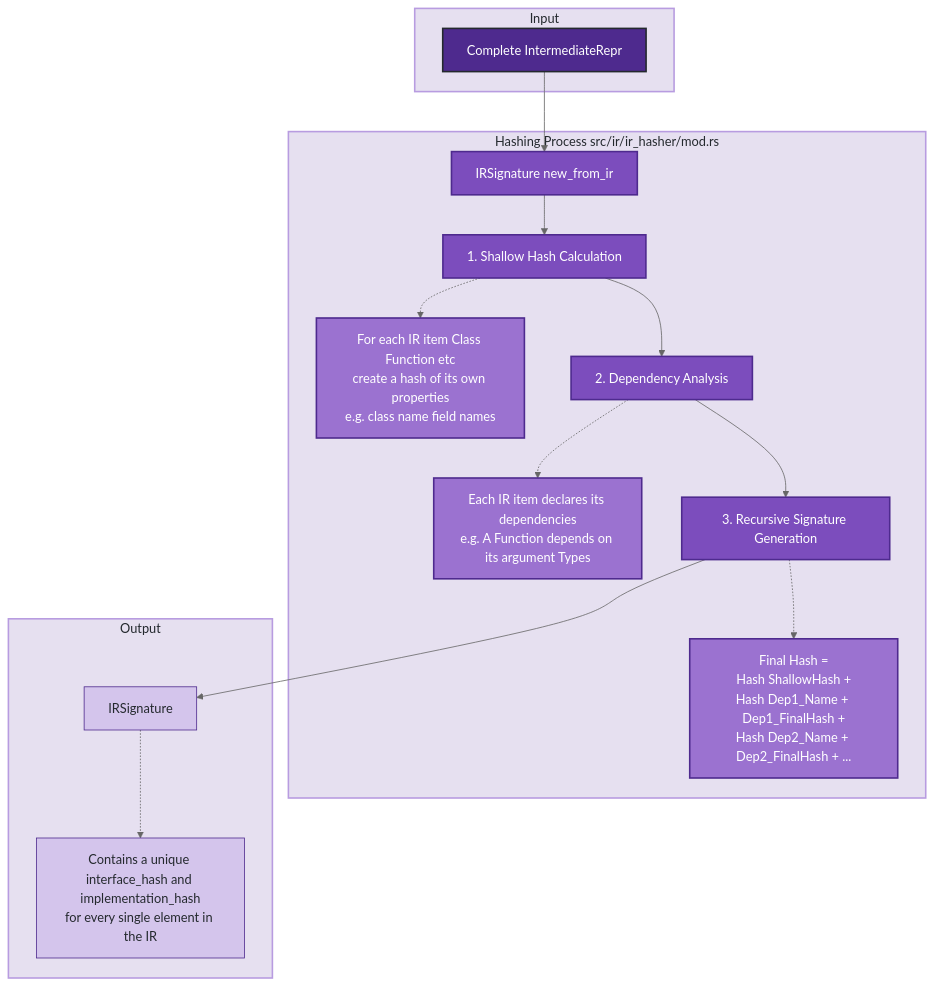
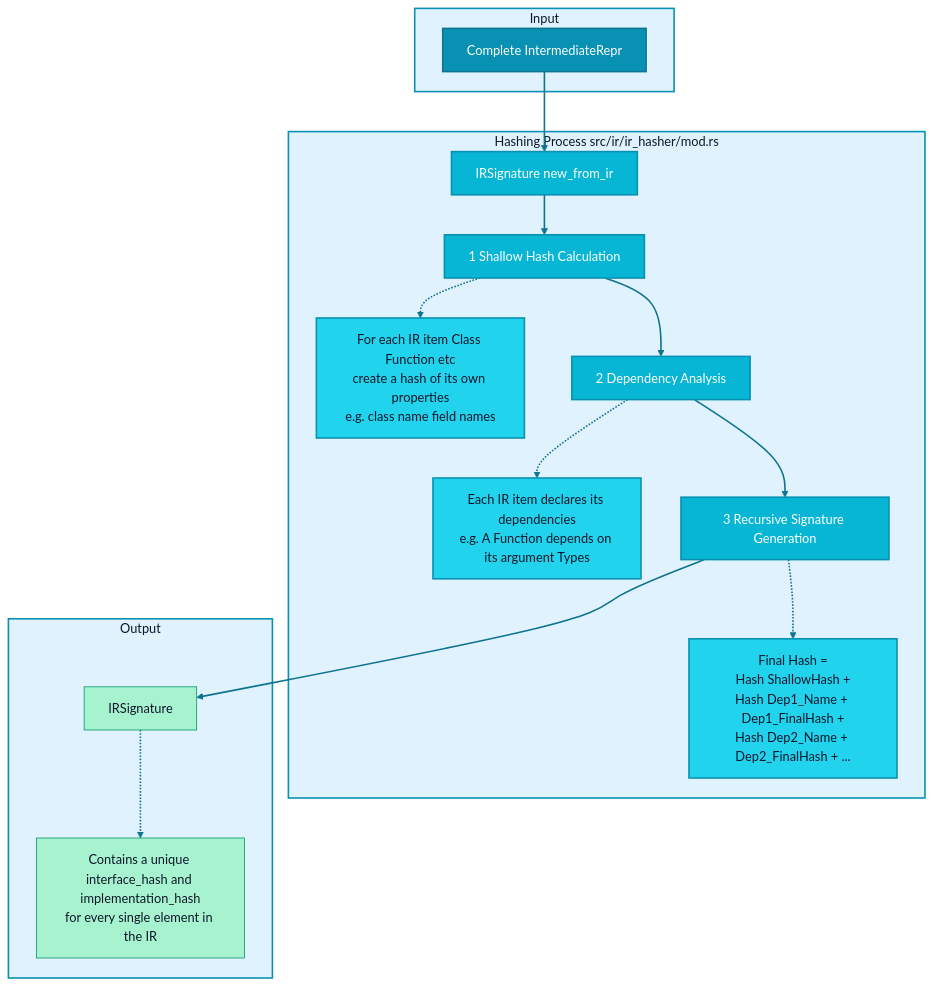
Before and after one commit to nshkrdotcom/ds_ex: the fourth of 8 diagrams in baml_internals.md, drawn with Mermaid (neutral theme). The commit also changed other lines of this file and 31 other files, not shown here.

````diff
--- a/baml_internals.md
+++ b/baml_internals.md
@@ -215,49 +241,52 @@
 ```mermaid
 graph TD
     subgraph InputHash["Input"]
         IR[Complete IntermediateRepr]
     end
 
     subgraph HashingProcess["Hashing Process src/ir/ir_hasher/mod.rs"]
         StartHash[IRSignature new_from_ir]
         
-        Step1[1. Shallow Hash Calculation]
+        Step1[1 Shallow Hash Calculation]
         Step1_Desc[For each IR item Class Function etc<br/>create a hash of its own properties<br/>e.g. class name field names]
         
-        Step2[2. Dependency Analysis]
+        Step2[2 Dependency Analysis]
         Step2_Desc[Each IR item declares its dependencies<br/>e.g. A Function depends on its argument Types]
         
-        Step3[3. Recursive Signature Generation]
+        Step3[3 Recursive Signature Generation]
         Step3_Desc[Final Hash =<br/>Hash ShallowHash +<br/>Hash Dep1_Name + Dep1_FinalHash +<br/>Hash Dep2_Name + Dep2_FinalHash + ...]
     end
 
     subgraph OutputSig["Output"]
         Signatures[IRSignature]
         SigDesc[Contains a unique interface_hash and implementation_hash<br/>for every single element in the IR]
     end
 
     IR --> StartHash
     StartHash --> Step1
     Step1 --> Step2
     Step2 --> Step3
     Step1 -.-> Step1_Desc
     Step2 -.-> Step2_Desc
     Step3 -.-> Step3_Desc
     Step3 --> Signatures
     Signatures -.-> SigDesc
     
-    %% Elixir-inspired styling
-    classDef setupPhase fill:#4e2a8e,stroke:#24292e,stroke-width:2px,color:#fff
-    classDef concurrentEngine fill:#7c4dbd,stroke:#4e2a8e,stroke-width:2px,color:#fff
-    classDef taskNode fill:#9b72d0,stroke:#4e2a8e,stroke-width:2px,color:#fff
-    classDef processNode fill:#b89ce0,stroke:#4e2a8e,stroke-width:2px,color:#24292e
-    classDef resultNode fill:#d4c5ec,stroke:#4e2a8e,stroke-width:1px,color:#24292e
-    classDef aggregationPhase fill:#f5f5f5,stroke:#666,stroke-width:2px,color:#24292e
-    classDef subgraphTitleTop fill:#e6e0f0,stroke:#b89ce0,stroke-width:2px,color:#24292e
+    %% BAML-inspired styling
+    classDef setupPhase fill:#0891b2,stroke:#0e7490,stroke-width:2px,color:#fff
+    classDef concurrentEngine fill:#06b6d4,stroke:#0891b2,stroke-width:2px,color:#fff
+    classDef taskNode fill:#22d3ee,stroke:#0891b2,stroke-width:2px,color:#0f172a
+    classDef processNode fill:#67e8f9,stroke:#0891b2,stroke-width:2px,color:#0f172a
+    classDef resultNode fill:#a7f3d0,stroke:#059669,stroke-width:1px,color:#0f172a
+    classDef aggregationPhase fill:#f3f4f6,stroke:#6b7280,stroke-width:2px,color:#374151
+    classDef subgraphTitleTop fill:#e0f2fe,stroke:#0891b2,stroke-width:2px,color:#0f172a
 
     class IR setupPhase
     class StartHash,Step1,Step2,Step3 concurrentEngine
     class Step1_Desc,Step2_Desc,Step3_Desc taskNode
     class Signatures,SigDesc resultNode
     class InputHash,HashingProcess,OutputSig subgraphTitleTop
+
+    %% BAML brand styling for arrows
+    linkStyle default stroke:#0e7490,stroke-width:2px
 ```
````
